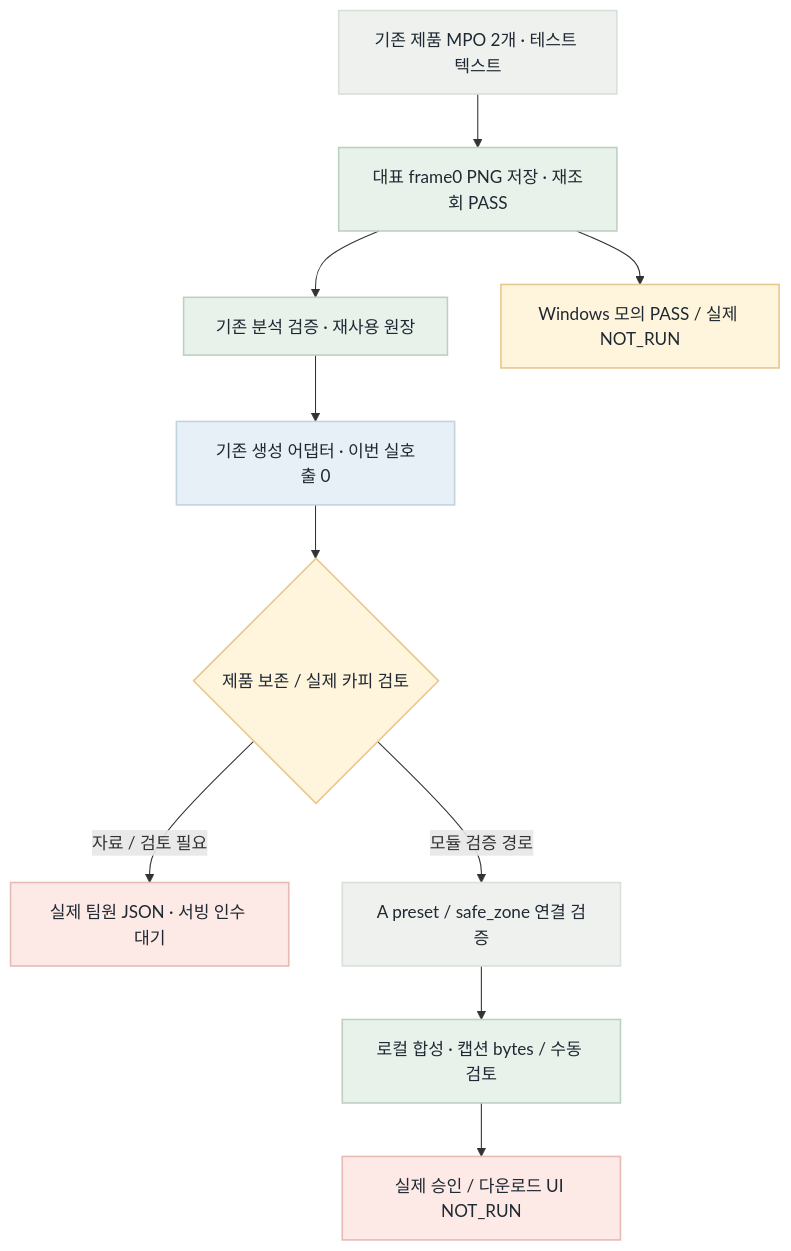
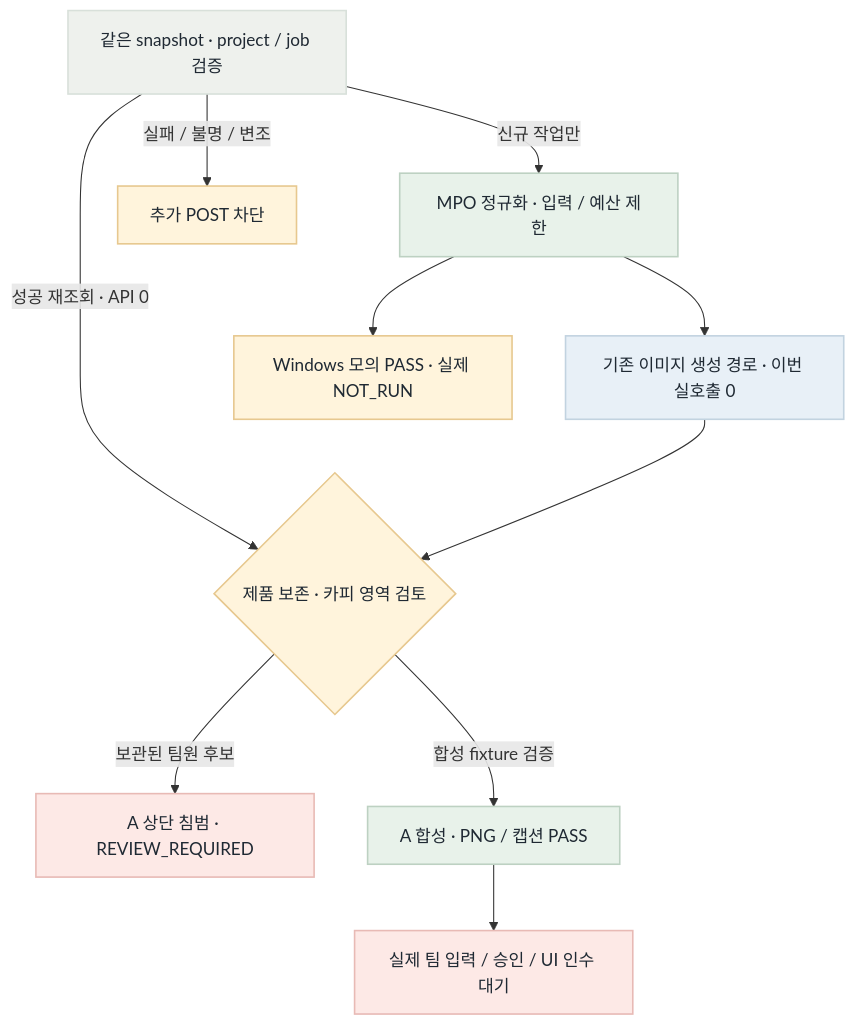
One commit to uyt5041-lab/beauty-ai-models changed the second of 2 diagrams in fivecircles/architecture/spec/image-mvp-relay-flow-20261030.md. Above: the diagram before and after it, drawn with Mermaid. The commit also changed other lines of this file and 17 other files, not shown here.

````diff
--- a/fivecircles/architecture/spec/image-mvp-relay-flow-20261030.md
+++ b/fivecircles/architecture/spec/image-mvp-relay-flow-20261030.md
@@ -25,17 +27,18 @@
 ```mermaid
 flowchart TD
- U["기존 제품 MPO 2개 · 테스트 텍스트"]:::gray --> N["대표 frame0 PNG 저장 · 재조회 PASS"]:::green
- N --> V["기존 분석 검증 · 재사용 원장"]:::green
- V --> G["기존 생성 어댑터 · 이번 실호출 0"]:::blue
- G --> R{"제품 보존 / 실제 카피 검토"}:::amber
- R -->|"자료 / 검토 필요"| X["실제 팀원 JSON · 서빙 인수 대기"]:::red
- R -->|"모듈 검증 경로"| A["A preset / safe_zone 연결 검증"]:::gray
- A --> C["로컬 합성 · 캡션 bytes / 수동 검토"]:::green
- C --> D["실제 승인 / 다운로드 UI NOT_RUN"]:::red
- N --> W["Windows 모의 PASS / 실제 NOT_RUN"]:::amber
+ B["같은 snapshot · project / job 검증"]:::gray
+ B -->|"성공 재조회 · API 0"| R{"제품 보존 · 카피 영역 검토"}:::amber
+ B -->|"신규 작업만"| N["MPO 정규화 · 입력 / 예산 제한"]:::green
+ B -->|"실패 / 불명 / 변조"| X["추가 POST 차단"]:::amber
+ N --> G["기존 이미지 생성 경로 · 이번 실호출 0"]:::blue
+ N --> W["Windows 모의 PASS · 실제 NOT_RUN"]:::amber
+ G --> R
+ R -->|"보관된 팀원 후보"| Q["A 상단 침범 · REVIEW_REQUIRED"]:::red
+ R -->|"합성 fixture 검증"| C["A 합성 · PNG / 캡션 PASS"]:::green
+ C --> D["실제 팀 입력 / 승인 / UI 인수 대기"]:::red
 classDef green fill:#e8f2ea,stroke:#bdd1c2,color:#1f2933,stroke-width:1.5px
 classDef blue fill:#e8f0f7,stroke:#c2d3e0,color:#1f2933,stroke-width:1.5px
 classDef amber fill:#fff4dc,stroke:#e7c88f,color:#1f2933,stroke-width:1.5px
 classDef red fill:#fde9e6,stroke:#e8bab5,color:#1f2933,stroke-width:1.5px
 classDef gray fill:#eef1ed,stroke:#d8e0da,color:#1f2933,stroke-width:1.5px
 ```
````
